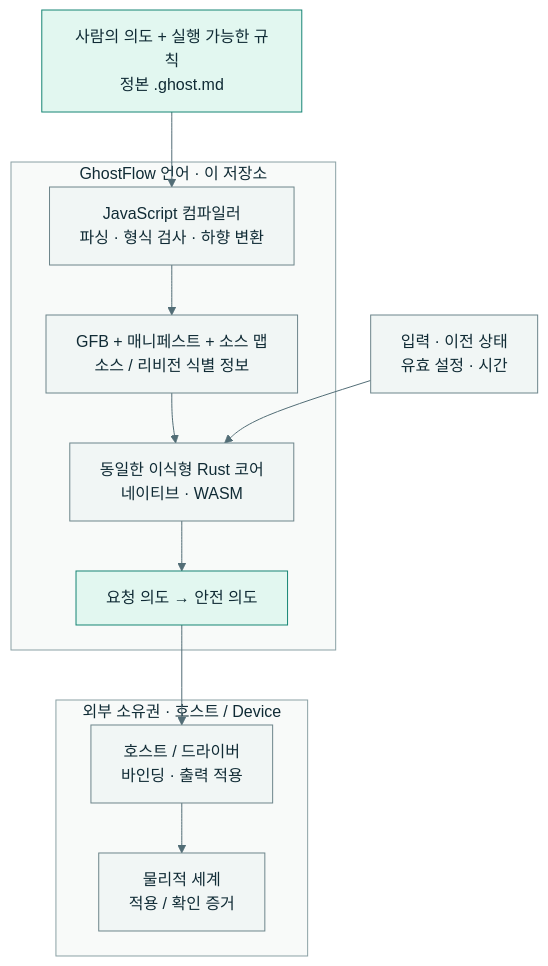
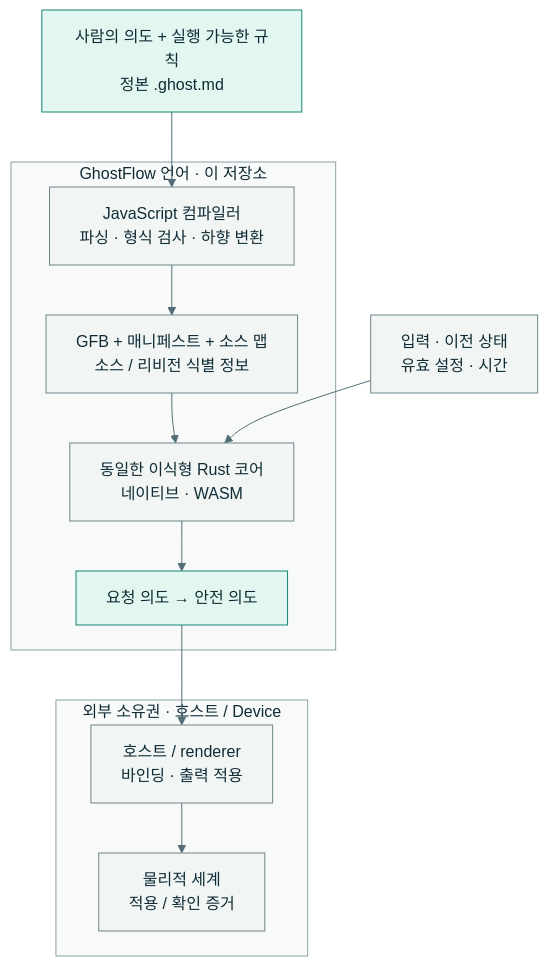
Before and after one commit to callin2/ghostflow-language: the diagram in README.ko.md, drawn with Mermaid. The commit also changed other lines of this file and 87 other files, not shown here.

````diff
--- a/README.ko.md
+++ b/README.ko.md
@@ -61,25 +61,25 @@
 ```mermaid
 flowchart TB
   source["사람의 의도 + 실행 가능한 규칙<br>정본 .ghost.md"]
   subgraph language["GhostFlow 언어 · 이 저장소"]
     compiler["JavaScript 컴파일러<br>파싱 · 형식 검사 · 하향 변환"]
     artifacts["GFB + 매니페스트 + 소스 맵<br>소스 / 리비전 식별 정보"]
     core["동일한 이식형 Rust 코어<br>네이티브 · WASM"]
     intent["요청 의도 → 안전 의도"]
     compiler --> artifacts --> core --> intent
   end
   source --> compiler
   conditions["입력 · 이전 상태<br>유효 설정 · 시간"] --> core
   subgraph external["외부 소유권 · 호스트 / Device"]
-    driver["호스트 / 드라이버<br>바인딩 · 출력 적용"]
+    driver["호스트 / renderer<br>바인딩 · 출력 적용"]
     world["물리적 세계<br>적용 / 확인 증거"]
     driver --> world
   end
   intent --> driver
   classDef default fill:#f1f6f5,stroke:#6d858b,color:#102b35
   classDef accent fill:#e2f7f0,stroke:#168574,color:#102b35
   class source,intent accent
   style language fill:#f8faf9,stroke:#8ba1a5,color:#102b35
   style external fill:#f8faf9,stroke:#8ba1a5,color:#102b35
   linkStyle default stroke:#526d76,color:#102b35
 ```
````
